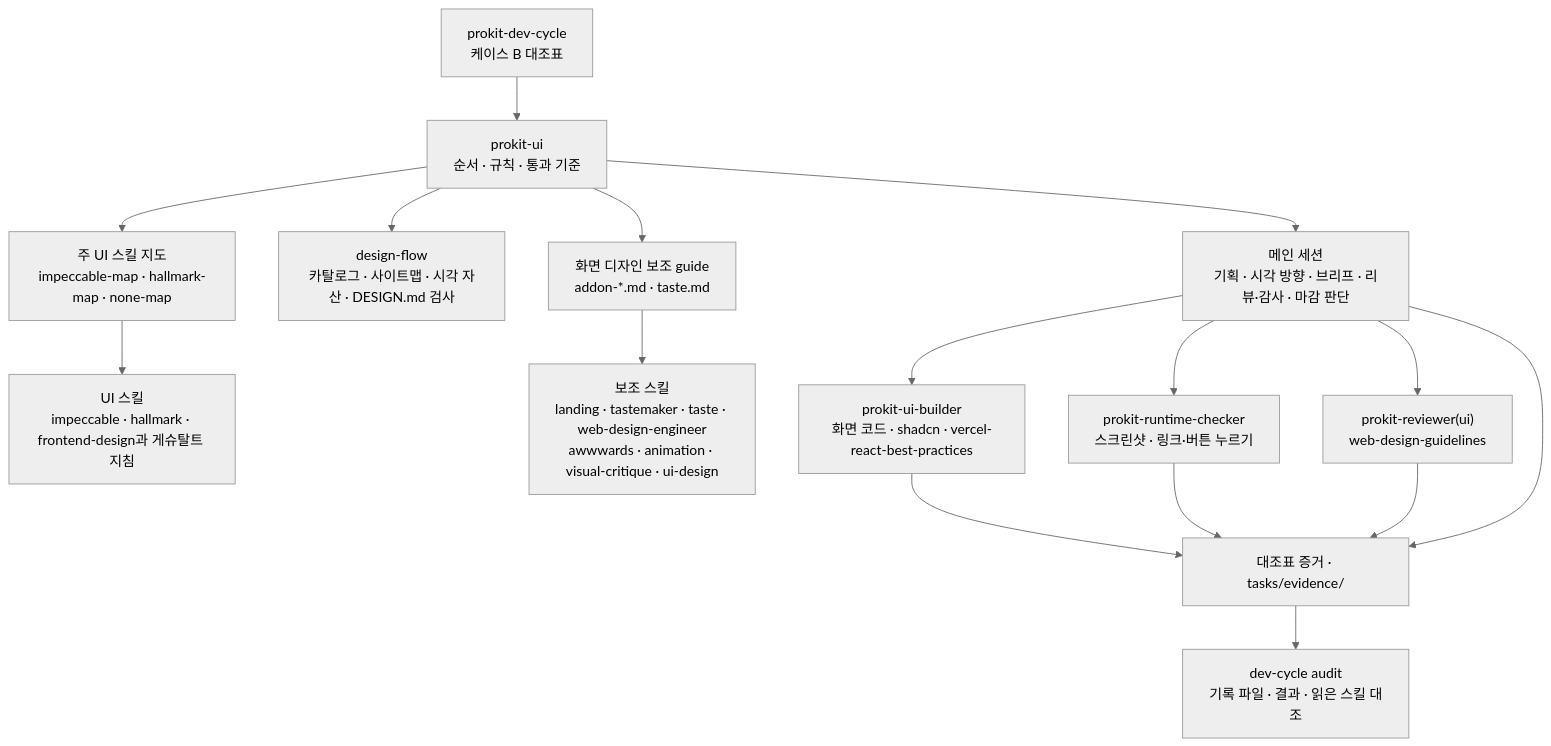
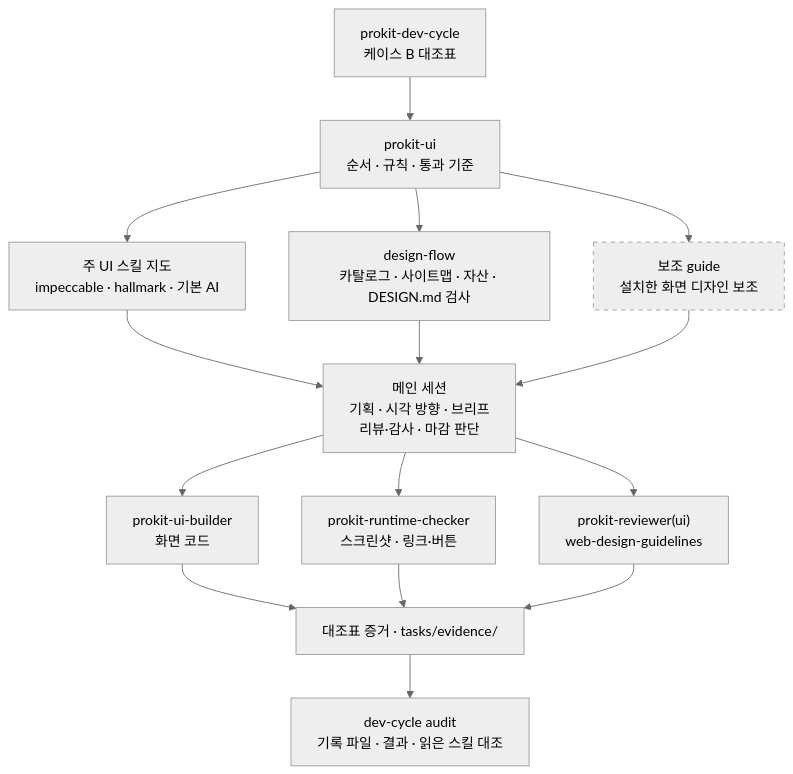
One commit to roadkwon-ai/pro-kit changed the second of 6 diagrams in handbook/design/ui-flow.md. Above: the diagram before and after it, drawn with Mermaid (neutral theme). The commit also changed other lines of this file and 2 other files, not shown here.

````diff
--- a/handbook/design/ui-flow.md
+++ b/handbook/design/ui-flow.md
@@ -60,18 +65,24 @@
 ```mermaid
+---
+config:
+  flowchart:
+    wrappingWidth: 240
+---
 flowchart TB
   DC["prokit-dev-cycle<br/>케이스 B 대조표"] --> UI["prokit-ui<br/>순서 · 규칙 · 통과 기준"]
-  UI --> MAP["주 UI 스킬 지도<br/>impeccable-map · hallmark-map · none-map"]
-  UI --> FLOW["design-flow<br/>카탈로그 · 사이트맵 · 시각 자산 · DESIGN.md 검사"]
-  UI --> ADD["화면 디자인 보조 guide<br/>addon-*.md · taste.md"]
-  MAP --> SK["UI 스킬<br/>impeccable · hallmark · frontend-design과 게슈탈트 지침"]
-  ADD --> AS["보조 스킬<br/>landing · tastemaker · taste · web-design-engineer<br/>awwwards · animation · visual-critique · ui-design"]
-  UI --> MAIN["메인 세션<br/>기획 · 시각 방향 · 브리프 · 리뷰·감사 · 마감 판단"]
-  MAIN --> B["prokit-ui-builder<br/>화면 코드 · shadcn · vercel-react-best-practices"]
-  MAIN --> RC["prokit-runtime-checker<br/>스크린샷 · 링크·버튼 누르기"]
+  UI --> MAP["주 UI 스킬 지도<br/>impeccable · hallmark · 기본 AI"]
+  UI --> FLOW["design-flow<br/>카탈로그 · 사이트맵 · 자산 · DESIGN.md 검사"]
+  UI --> ADD["보조 guide<br/>설치한 화면 디자인 보조"]
+  MAP --> MAIN["메인 세션<br/>기획 · 시각 방향 · 브리프<br/>리뷰·감사 · 마감 판단"]
+  FLOW --> MAIN
+  ADD --> MAIN
+  MAIN --> B["prokit-ui-builder<br/>화면 코드"]
+  MAIN --> RC["prokit-runtime-checker<br/>스크린샷 · 링크·버튼"]
   MAIN --> RV["prokit-reviewer(ui)<br/>web-design-guidelines"]
   B --> EV["대조표 증거 · tasks/evidence/"]
   RC --> EV
   RV --> EV
-  MAIN --> EV
   EV --> AU["dev-cycle audit<br/>기록 파일 · 결과 · 읽은 스킬 대조"]
+  classDef opt stroke-dasharray: 5 5
+  class ADD opt
 ```
````
